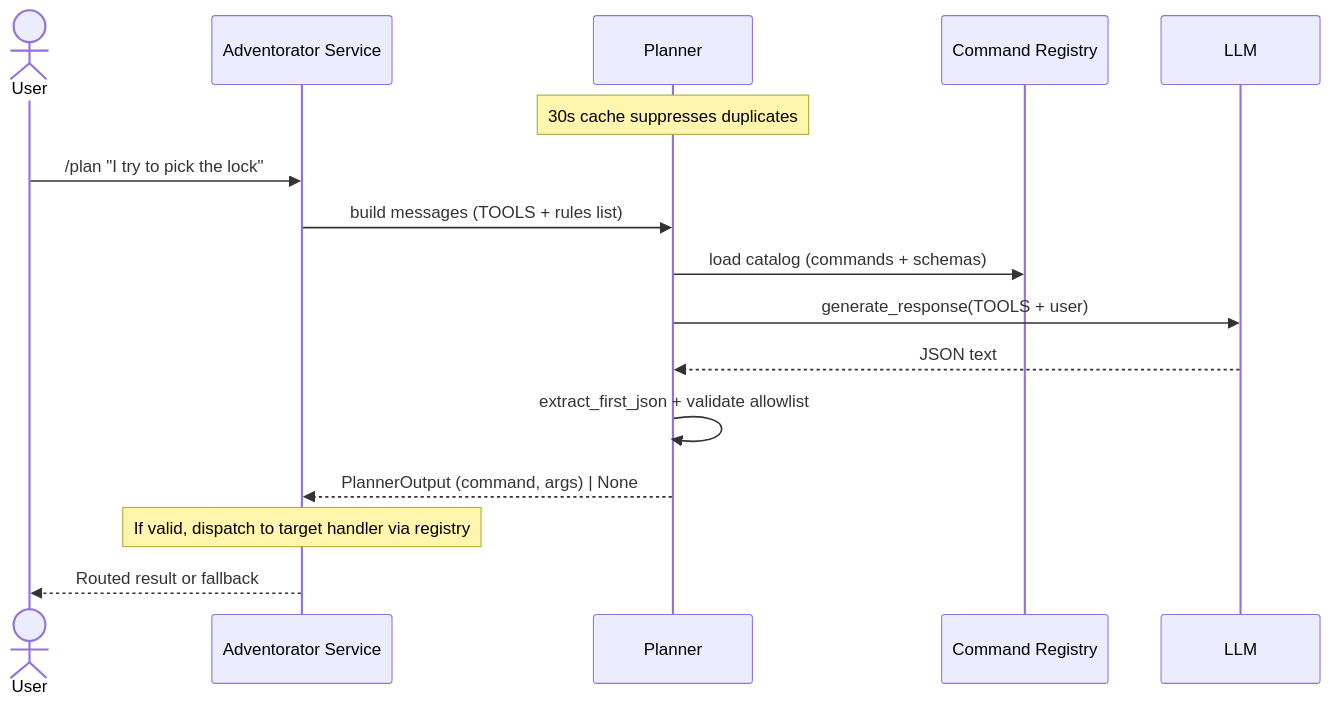
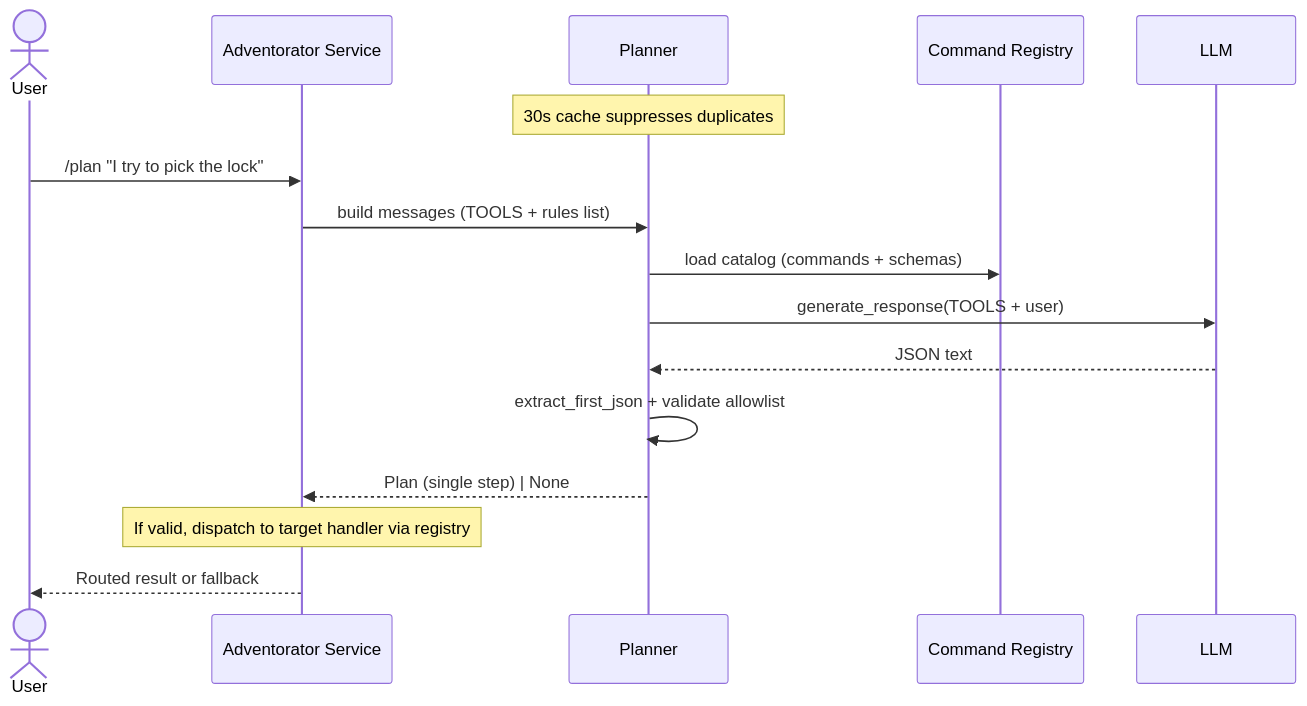
Before and after one commit to crashtestbrandt/Adventorator: the second of 4 diagrams in README.md, drawn with Mermaid. The commit also changed other lines of this file and 4 other files, not shown here.

Commit message:
docs(refactor): replace active PlannerOutput references with Plan abstraction and note legacy adapter

````diff
--- a/README.md
+++ b/README.md
@@ -226,22 +226,22 @@
 ```mermaid
 sequenceDiagram
   actor User
   participant App as Adventorator Service
   participant Planner
   participant Registry as Command Registry
   participant LLM as LLM
 
   Note over Planner: 30s cache suppresses duplicates
 
   User->>App: /plan "I try to pick the lock"
   App->>Planner: build messages (TOOLS + rules list)
   Planner->>Registry: load catalog (commands + schemas)
   Planner->>LLM: generate_response(TOOLS + user)
   LLM-->>Planner: JSON text
   Planner->>Planner: extract_first_json + validate allowlist
-  Planner-->>App: PlannerOutput (command, args) | None
+  Planner-->>App: Plan (single step) | None
 
   Note over App: If valid, dispatch to target handler via registry
 
   App-->>User: Routed result or fallback
 ```
````
